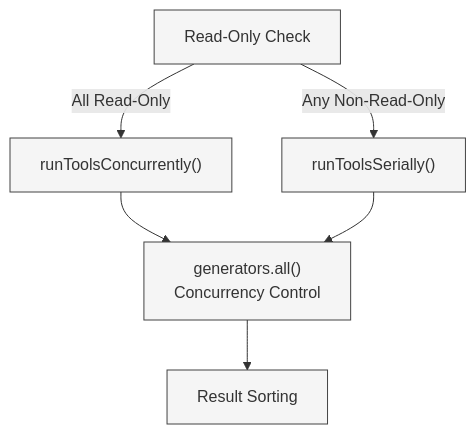
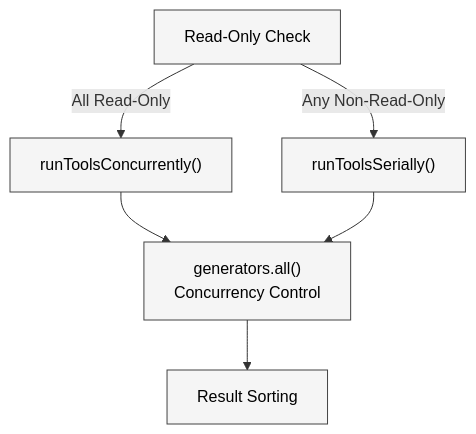
One commit to Szermer/QED changed the seventh of 8 diagrams in src/system-architecture-diagram.md. Above: the diagram before and after it, drawn with Mermaid. The commit also changed other lines of this file and 4 other files, not shown here.

Commit message:
style: improving readability in darkmode of some mermaid diagrams

````diff
--- a/src/system-architecture-diagram.md
+++ b/src/system-architecture-diagram.md
@@ -202,16 +202,16 @@
 ```mermaid
 flowchart TB
     PAR_Check["Read-Only Check"]
     PAR_Concurrent["runToolsConcurrently()"]
     PAR_Serial["runToolsSerially()"]
     PAR_Generator["generators.all()\nConcurrency Control"]
     PAR_Sort["Result Sorting"]
     
     PAR_Check -->|"All Read-Only"| PAR_Concurrent
     PAR_Check -->|"Any Non-Read-Only"| PAR_Serial
     PAR_Concurrent & PAR_Serial --> PAR_Generator
     PAR_Generator --> PAR_Sort
     
-    classDef PAR fill:#f5f5f5,stroke:#434343
+    classDef PAR fill:#f5f5f5,stroke:#434343,color:#000000
     class PAR_Check,PAR_Concurrent,PAR_Serial,PAR_Generator,PAR_Sort PAR
 ```
````
